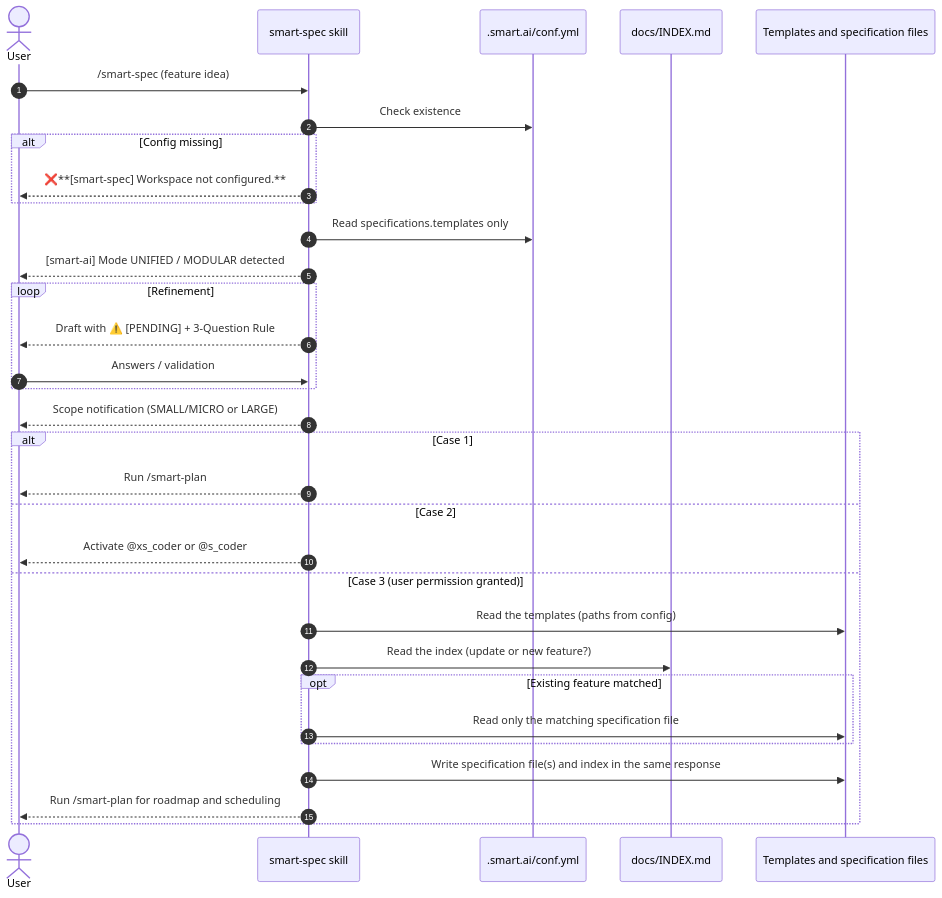
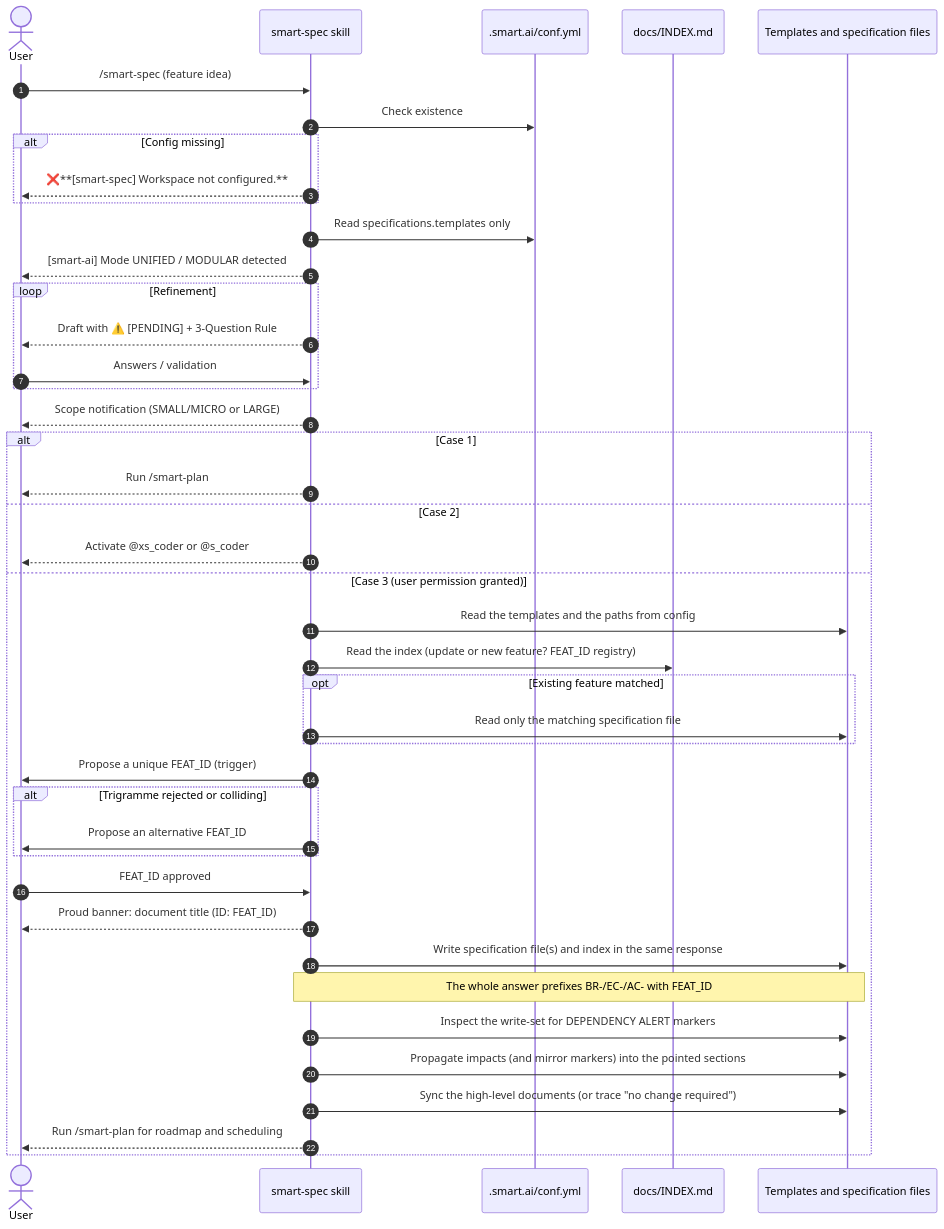
One commit to fletort/smart-ai-factory changed the second of 2 diagrams in docs/specs/smart-spec.md. Above: the diagram before and after it, drawn with Mermaid. The commit also changed other lines of this file and 4 other files, not shown here.

````diff
--- a/docs/specs/smart-spec.md
+++ b/docs/specs/smart-spec.md
@@ -130,35 +221,45 @@
   ```mermaid
   sequenceDiagram
       autonumber
       actor User
       participant Skill as smart-spec skill
       participant Cfg as .smart.ai/conf.yml
       participant Idx as docs/INDEX.md
       participant Specs as Templates and specification files
 
       User->>Skill: /smart-spec (feature idea)
       Skill->>Cfg: Check existence
       alt Config missing
           Skill-->>User: ❌**[smart-spec] Workspace not configured.**
       end
       Skill->>Cfg: Read specifications.templates only
       Skill-->>User: [smart-ai] Mode UNIFIED / MODULAR detected
       loop Refinement
           Skill-->>User: Draft with ⚠️ [PENDING] + 3-Question Rule
           User->>Skill: Answers / validation
       end
       Skill-->>User: Scope notification (SMALL/MICRO or LARGE)
       alt Case 1
           Skill-->>User: Run /smart-plan
       else Case 2
           Skill-->>User: Activate @xs_coder or @s_coder
       else Case 3 (user permission granted)
-          Skill->>Specs: Read the templates (paths from config)
-          Skill->>Idx: Read the index (update or new feature?)
+          Skill->>Specs: Read the templates and the paths from config
+          Skill->>Idx: Read the index (update or new feature? FEAT_ID registry)
           opt Existing feature matched
               Skill->>Specs: Read only the matching specification file
           end
+          Skill->>User: Propose a unique FEAT_ID (trigger)
+          alt Trigramme rejected or colliding
+              Skill->>User: Propose an alternative FEAT_ID
+          end
+          User->>Skill: FEAT_ID approved
+          Skill-->>User: Proud banner: document title (ID: FEAT_ID)
           Skill->>Specs: Write specification file(s) and index in the same response
+          Note over Skill,Specs: The whole answer prefixes BR-/EC-/AC- with FEAT_ID
+          Skill->>Specs: Inspect the write-set for DEPENDENCY ALERT markers
+          Skill->>Specs: Propagate impacts (and mirror markers) into the pointed sections
+          Skill->>Specs: Sync the high-level documents (or trace "no change required")
           Skill-->>User: Run /smart-plan for roadmap and scheduling
       end
   ```
````
